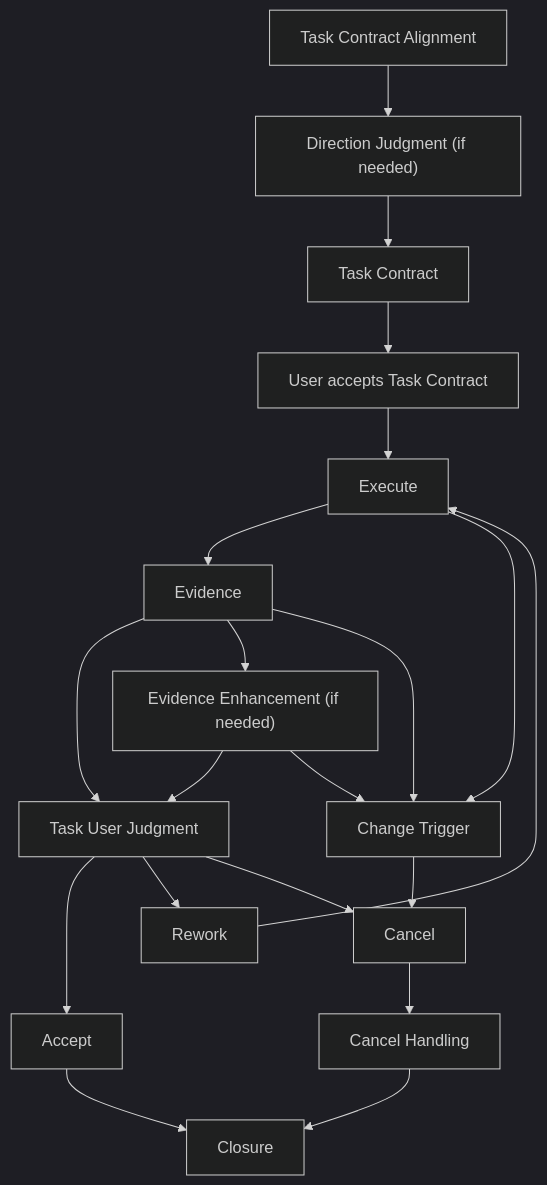
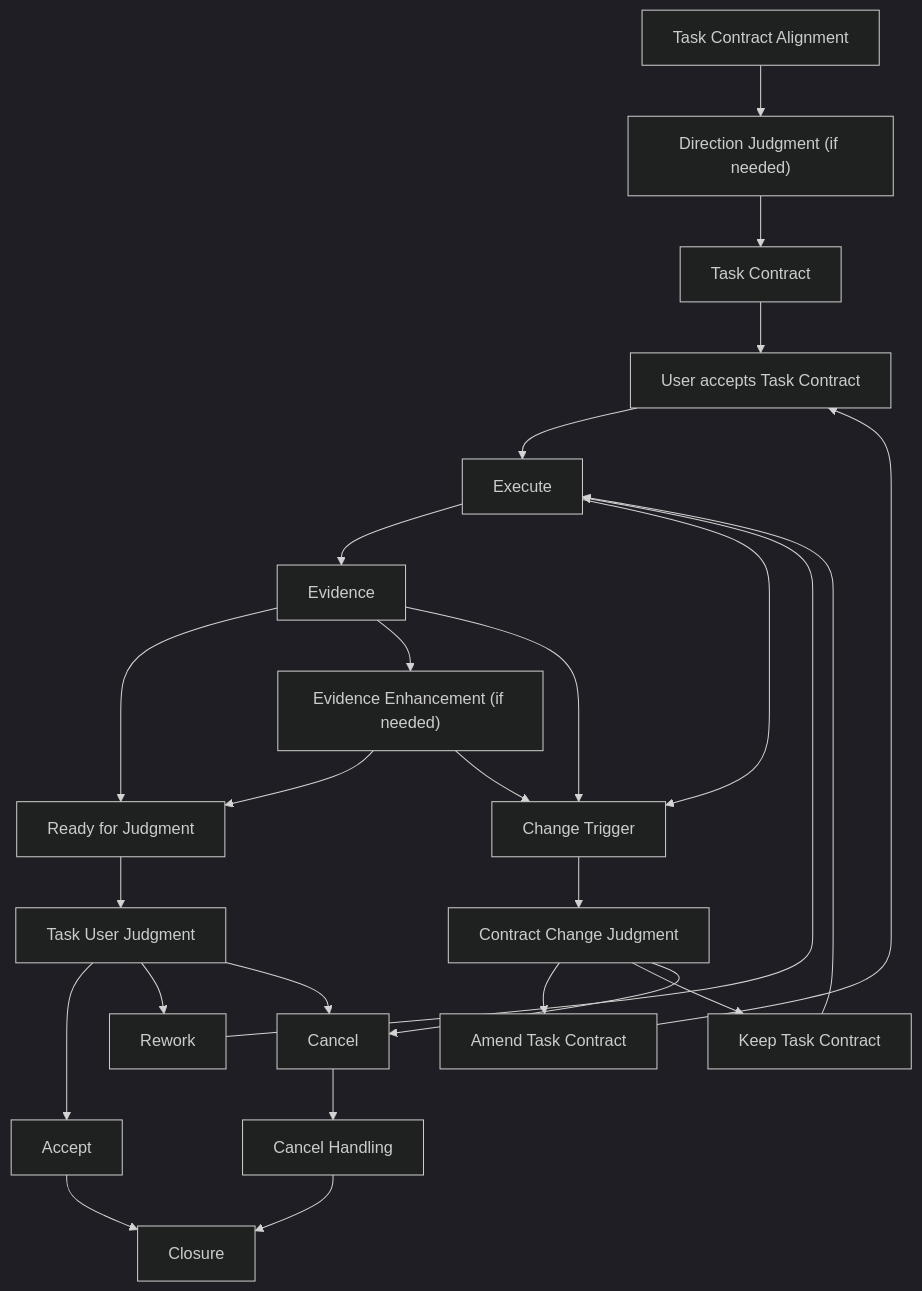
One commit to choam2426/Geas changed the diagram in docs/workflow/task.md. Above: the diagram before and after it, drawn with Mermaid (dark theme). The commit also changed other lines of this file and 14 other files, not shown here.

````diff
--- a/docs/workflow/task.md
+++ b/docs/workflow/task.md
@@ -39,26 +39,32 @@
 ```mermaid
 flowchart TD
   align["Task Contract Alignment"] --> direction["Direction Judgment (if needed)"]
   direction --> contract["Task Contract"]
   contract --> contractAccept["User accepts Task Contract"]
   contractAccept --> execute["Execute"]
   execute --> evidence["Evidence"]
-  evidence --> judgment["Task User Judgment"]
+  evidence --> ready["Ready for Judgment"]
   evidence --> evidenceEnhance["Evidence Enhancement (if needed)"]
-  evidenceEnhance --> judgment["Task User Judgment"]
+  evidenceEnhance --> ready
+  ready --> judgment["Task User Judgment"]
 
   judgment --> accept["Accept"]
   accept --> closure["Closure"]
 
   judgment --> rework["Rework"]
   rework --> execute
 
   judgment --> cancel["Cancel"]
   cancel --> cancelHandling["Cancel Handling"]
   cancelHandling --> closure
 
   execute --> changeTrigger["Change Trigger"]
   evidence --> changeTrigger
   evidenceEnhance --> changeTrigger
-  changeTrigger --> cancel
+  changeTrigger --> changeJudgment["Contract Change Judgment"]
+  changeJudgment --> amend["Amend Task Contract"]
+  amend --> contractAccept
+  changeJudgment --> keep["Keep Task Contract"]
+  keep --> execute
+  changeJudgment --> cancel
 ```
````
